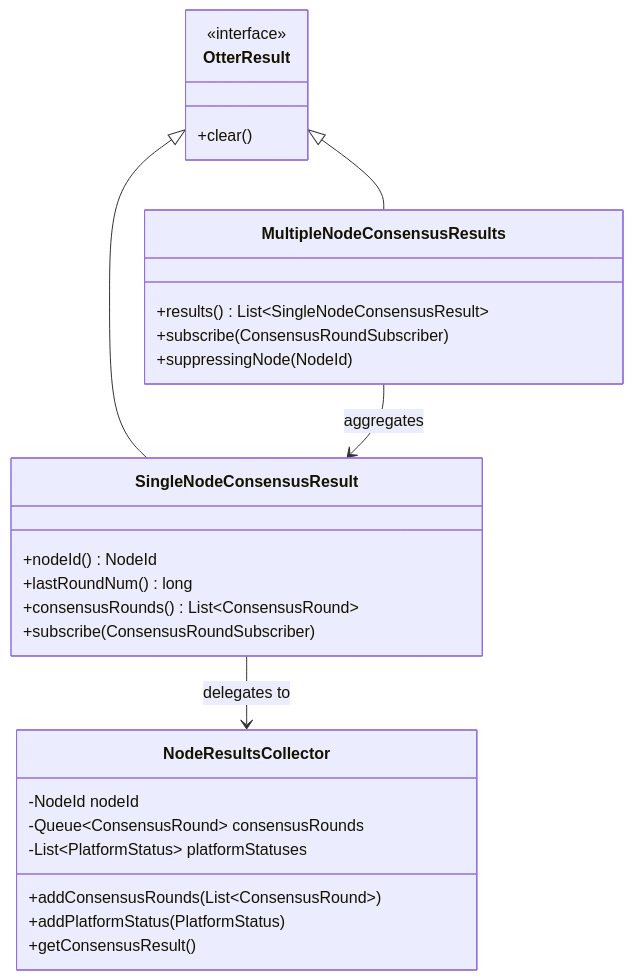
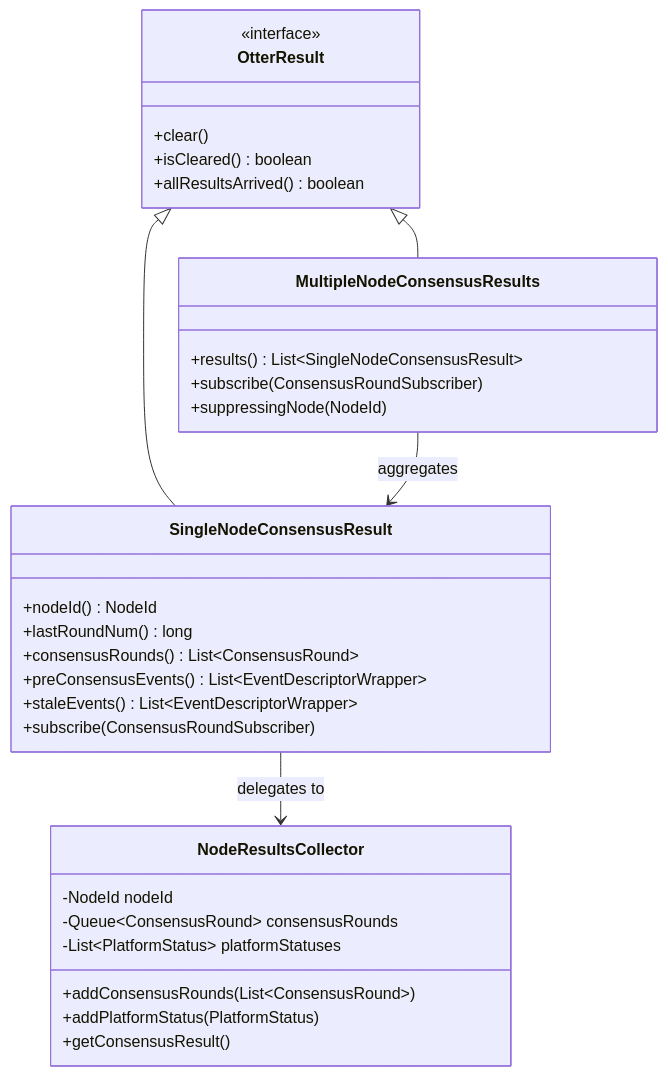
Before and after one commit to hiero-ledger/hiero-consensus-node: the sixth of 6 diagrams in platform-sdk/consensus-otter-tests/docs/architecture.md, drawn with Mermaid. The commit also changed 23 other files, not shown here.

````diff
--- a/platform-sdk/consensus-otter-tests/docs/architecture.md
+++ b/platform-sdk/consensus-otter-tests/docs/architecture.md
@@ -232,35 +232,39 @@
 ```mermaid
 classDiagram
     class OtterResult {
         <<interface>>
         +clear()
+        +isCleared() boolean
+        +allResultsArrived() boolean
     }
 
     class SingleNodeConsensusResult {
         +nodeId() NodeId
         +lastRoundNum() long
         +consensusRounds() List~ConsensusRound~
+        +preConsensusEvents() List~EventDescriptorWrapper~
+        +staleEvents() List~EventDescriptorWrapper~
         +subscribe(ConsensusRoundSubscriber)
     }
 
     class MultipleNodeConsensusResults {
         +results() List~SingleNodeConsensusResult~
         +subscribe(ConsensusRoundSubscriber)
         +suppressingNode(NodeId)
     }
 
     class NodeResultsCollector {
         -NodeId nodeId
         -Queue~ConsensusRound~ consensusRounds
         -List~PlatformStatus~ platformStatuses
         +addConsensusRounds(List~ConsensusRound~)
         +addPlatformStatus(PlatformStatus)
         +getConsensusResult()
     }
 
     OtterResult <|-- SingleNodeConsensusResult
     OtterResult <|-- MultipleNodeConsensusResults
 
     MultipleNodeConsensusResults --> SingleNodeConsensusResult : aggregates
     SingleNodeConsensusResult --> NodeResultsCollector : delegates to
 ```
````
